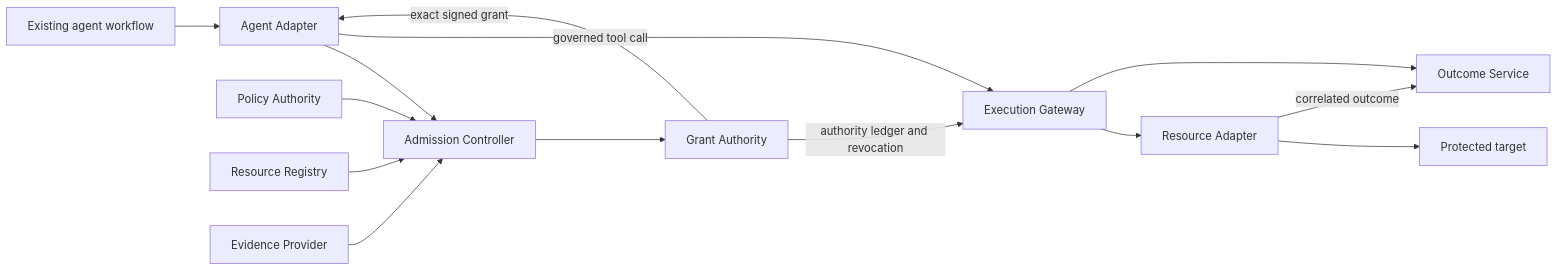
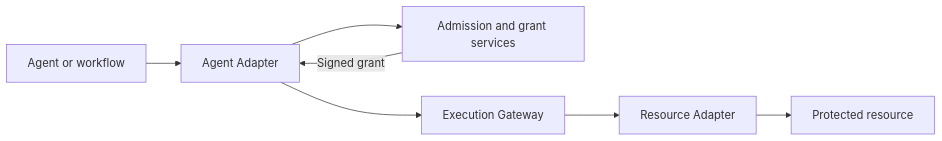
Before and after one commit to openkedge/kedgeflow: the diagram in README.md, drawn with Mermaid. The commit also changed other lines of this file and 215 other files, not shown here.

````diff
--- a/README.md
+++ b/README.md
@@ -101,16 +27,9 @@
 ```mermaid
 flowchart LR
-  W[Existing agent workflow] --> AA[Agent Adapter]
-  AA --> AC[Admission Controller]
-  PA[Policy Authority] --> AC
-  RR[Resource Registry] --> AC
-  EP[Evidence Provider] --> AC
-  AC --> GA[Grant Authority]
-  GA -->|exact signed grant| AA
-  AA -->|governed tool call| EG[Execution Gateway]
-  GA -->|authority ledger and revocation| EG
-  EG --> RA[Resource Adapter]
-  RA --> T[Protected target]
-  EG --> OS[Outcome Service]
-  RA -->|correlated outcome| OS
+  Agent[Agent or workflow] --> Adapter[Agent Adapter]
+  Adapter --> Control[Admission and grant services]
+  Control -->|Signed grant| Adapter
+  Adapter --> Gateway[Execution Gateway]
+  Gateway --> ResourceAdapter[Resource Adapter]
+  ResourceAdapter --> Resource[Protected resource]
 ```
````
